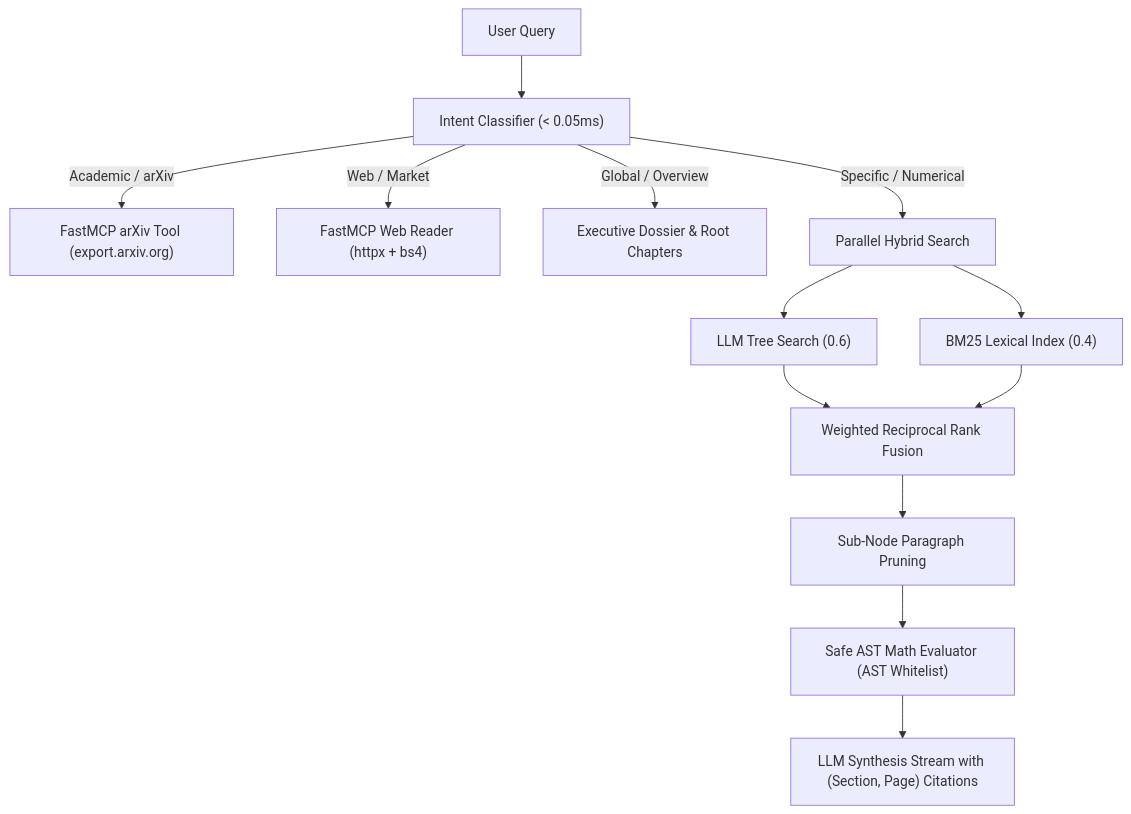
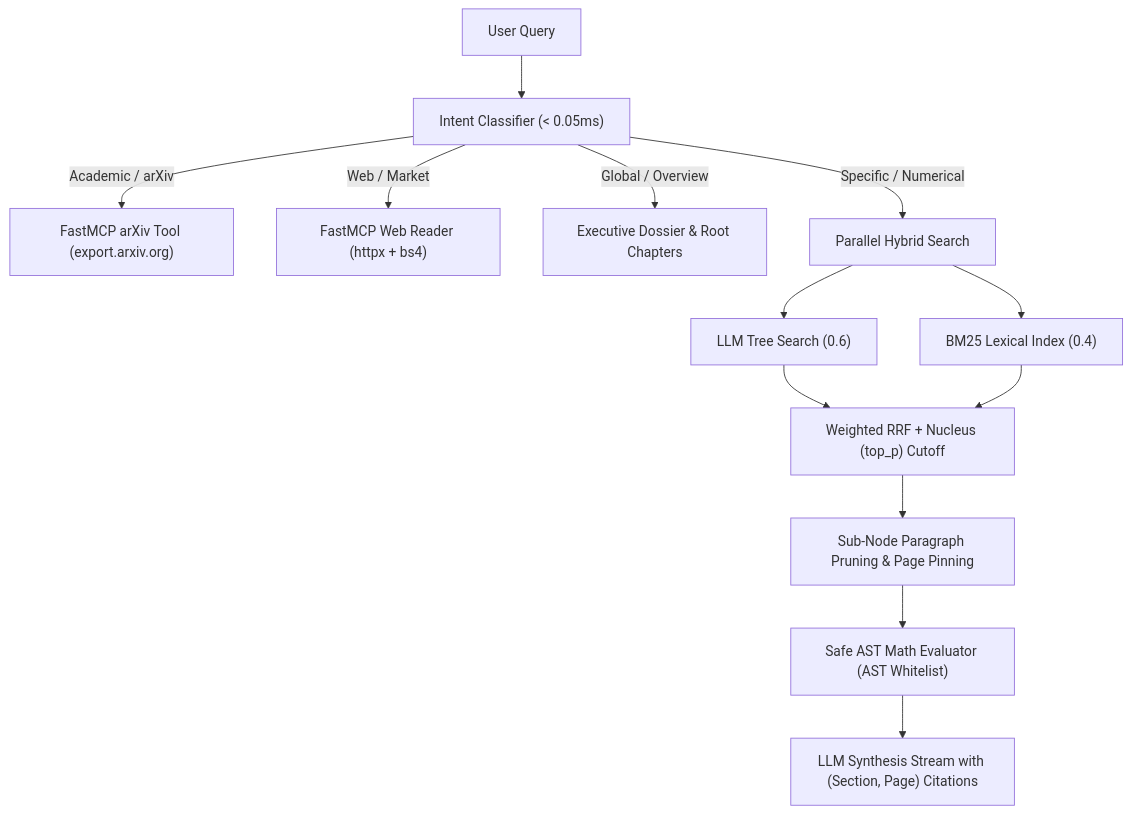
The first of 2 diagrams in evaluation/FULL_BENCHMARK_AND_FINANCEBENCH_REPORT.md (amerelfalwo/pageindex_RAG), drawn with Mermaid before and after one commit. The commit also changed other lines of this file and 5 other files, not shown here.

First line of the commit message:
feat(rag): implement nucleus top_p retrieval and exact inner page citation pinning

````diff
--- a/evaluation/FULL_BENCHMARK_AND_FINANCEBENCH_REPORT.md
+++ b/evaluation/FULL_BENCHMARK_AND_FINANCEBENCH_REPORT.md
@@ -47,15 +48,15 @@
 ```mermaid
 graph TD
     A["User Query"] --> B["Intent Classifier (< 0.05ms)"]
     B -->|"Academic / arXiv"| C["FastMCP arXiv Tool (export.arxiv.org)"]
     B -->|"Web / Market"| D["FastMCP Web Reader (httpx + bs4)"]
     B -->|"Global / Overview"| E["Executive Dossier & Root Chapters"]
     B -->|"Specific / Numerical"| F["Parallel Hybrid Search"]
     F --> G["LLM Tree Search (0.6)"]
     F --> H["BM25 Lexical Index (0.4)"]
-    G --> I["Weighted Reciprocal Rank Fusion"]
+    G --> I["Weighted RRF + Nucleus (top_p) Cutoff"]
     H --> I
-    I --> J["Sub-Node Paragraph Pruning"]
+    I --> J["Sub-Node Paragraph Pruning & Page Pinning"]
     J --> K["Safe AST Math Evaluator (AST Whitelist)"]
     K --> L["LLM Synthesis Stream with (Section, Page) Citations"]
 ```
````
